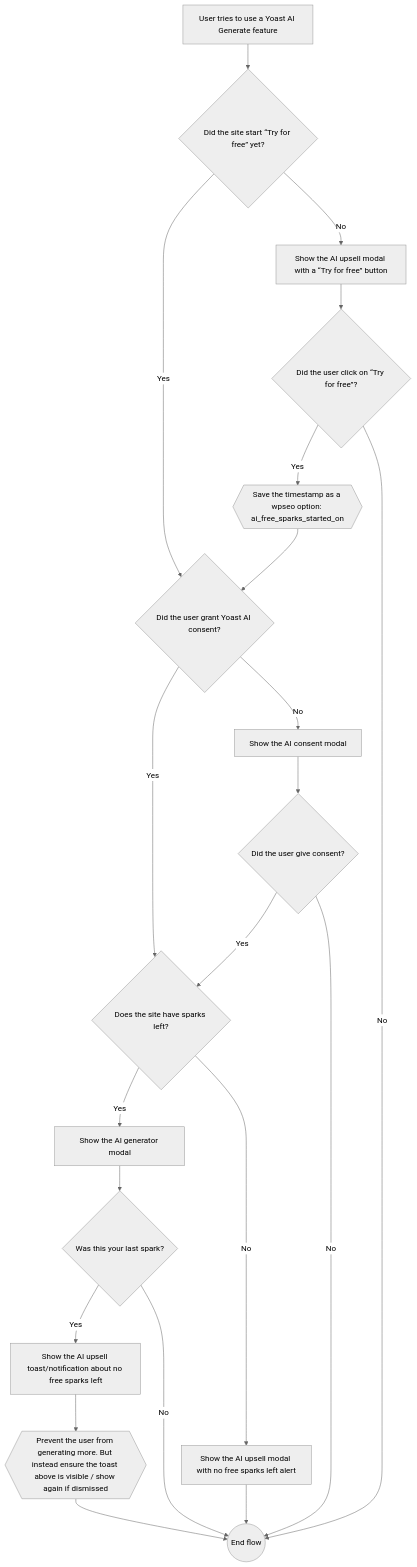
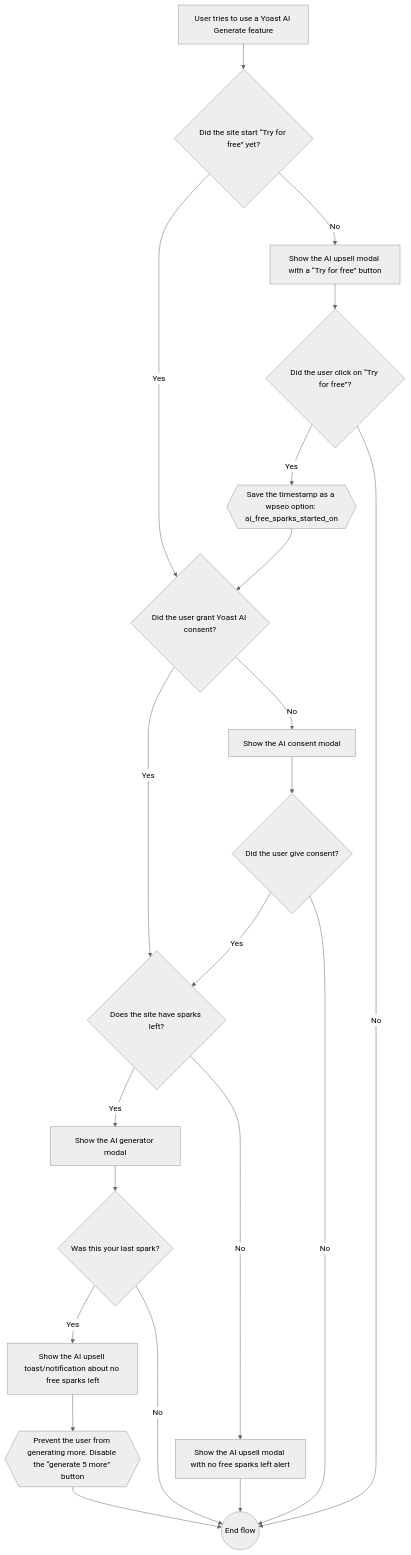
The diagram in packages/js/src/ai-generator/readme.md (Yoast/wordpress-seo), drawn with Mermaid (neutral theme) before and after one commit. The commit also changed 1 other file, not shown here.

Commit message:
Disable the generate 5 more button

````diff
--- a/packages/js/src/ai-generator/readme.md
+++ b/packages/js/src/ai-generator/readme.md
@@ -15,31 +15,31 @@
 ```mermaid
 flowchart TB
   UseAI[User tries to use a Yoast AI Generate feature]
   ShowConsent[Show the AI consent modal]
   ShowUpsellWithTry[Show the AI upsell modal with a “Try for free” button]
   ShowUpsellNoSparks[Show the AI upsell modal with no free sparks left alert]
   ShowUpsellToast[Show the AI upsell toast/notification about no free sparks left]
   ShowAI[Show the AI generator modal]
   IsFreeSparks{Did the site start “Try for free” yet?}
   ClickedFreeSparks{Did the user click on “Try for free”?}
   HasConsent{Did the user grant Yoast AI consent?}
   GaveConsent{Did the user give consent?}
   HasSparksLeft{Does the site have sparks left?}
   LastSpark{Was this your last spark?}
   SaveFreeSparks{{Save the timestamp as a wpseo option: ai_free_sparks_started_on}}
-  PreventAI{{Prevent the user from generating more. But instead ensure the toast above is visible / show again if dismissed}}
+  PreventAI{{Prevent the user from generating more. Disable the “generate 5 more” button}}
   End((End flow))
   UseAI --> IsFreeSparks
   IsFreeSparks -->|Yes| HasConsent
   IsFreeSparks -->|No| ShowUpsellWithTry --> ClickedFreeSparks
   HasConsent -->|Yes| HasSparksLeft
   HasConsent -->|No| ShowConsent --> GaveConsent
   GaveConsent -->|Yes| HasSparksLeft
   GaveConsent -->|No| End
   HasSparksLeft -->|Yes| ShowAI --> LastSpark
   HasSparksLeft -->|No| ShowUpsellNoSparks --> End
   ClickedFreeSparks -->|Yes| SaveFreeSparks --> HasConsent
   ClickedFreeSparks -->|No| End
   LastSpark -->|Yes| ShowUpsellToast --> PreventAI --> End
   LastSpark -->|No| End
 ```
````
